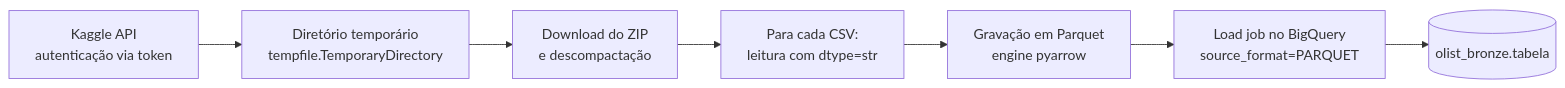
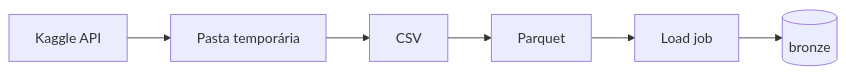
The second of 4 diagrams in README.md (zVilanova/Olist-Satisfaction-Classifier), drawn with Mermaid before and after one commit. The commit also changed other lines of this file, not shown here.

````diff
--- a/README.md
+++ b/README.md
@@ -156,9 +156,4 @@
 ```mermaid
 flowchart LR
-    A["Kaggle API<br/>autenticação via token"] --> B["Diretório temporário<br/>tempfile.TemporaryDirectory"]
-    B --> C["Download do ZIP<br/>e descompactação"]
-    C --> D["Para cada CSV:<br/>leitura com dtype=str"]
-    D --> E["Gravação em Parquet<br/>engine pyarrow"]
-    E --> F["Load job no BigQuery<br/>source_format=PARQUET"]
-    F --> G[("olist_bronze.tabela")]
+    A["Kaggle API"] --> B["Pasta temporária"] --> C["CSV"] --> D["Parquet"] --> E["Load job"] --> F[("bronze")]
 ```
````
